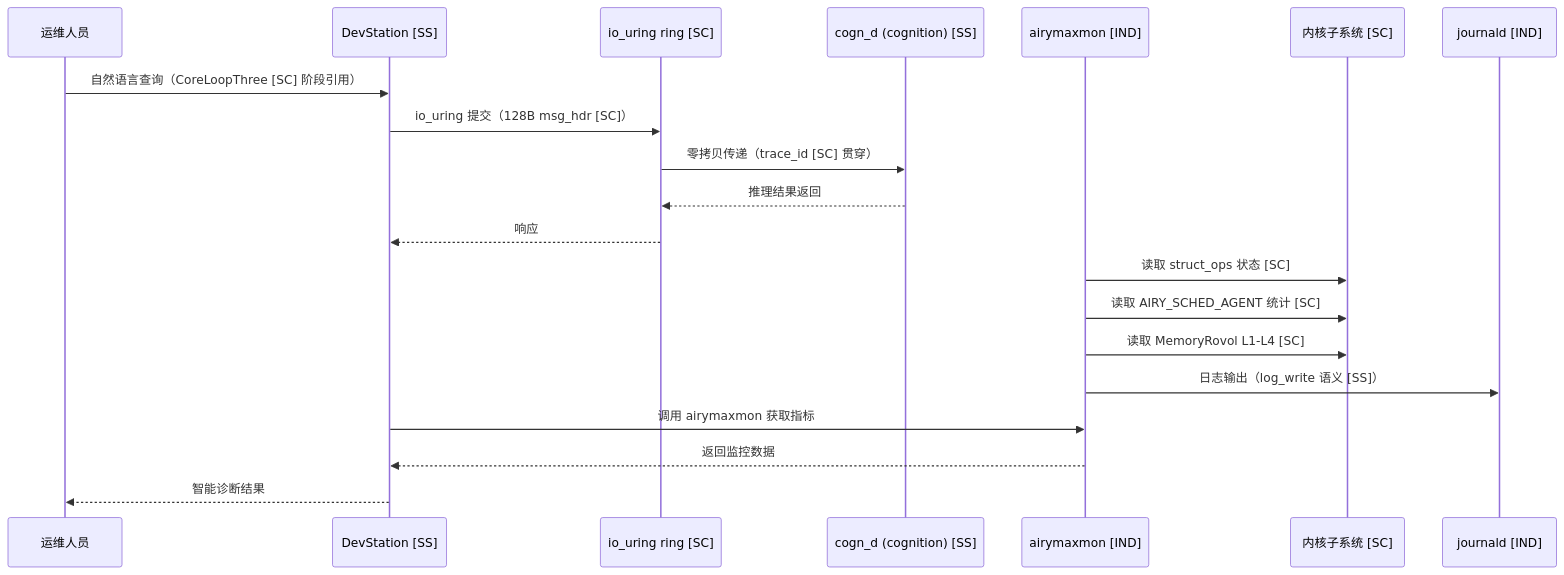
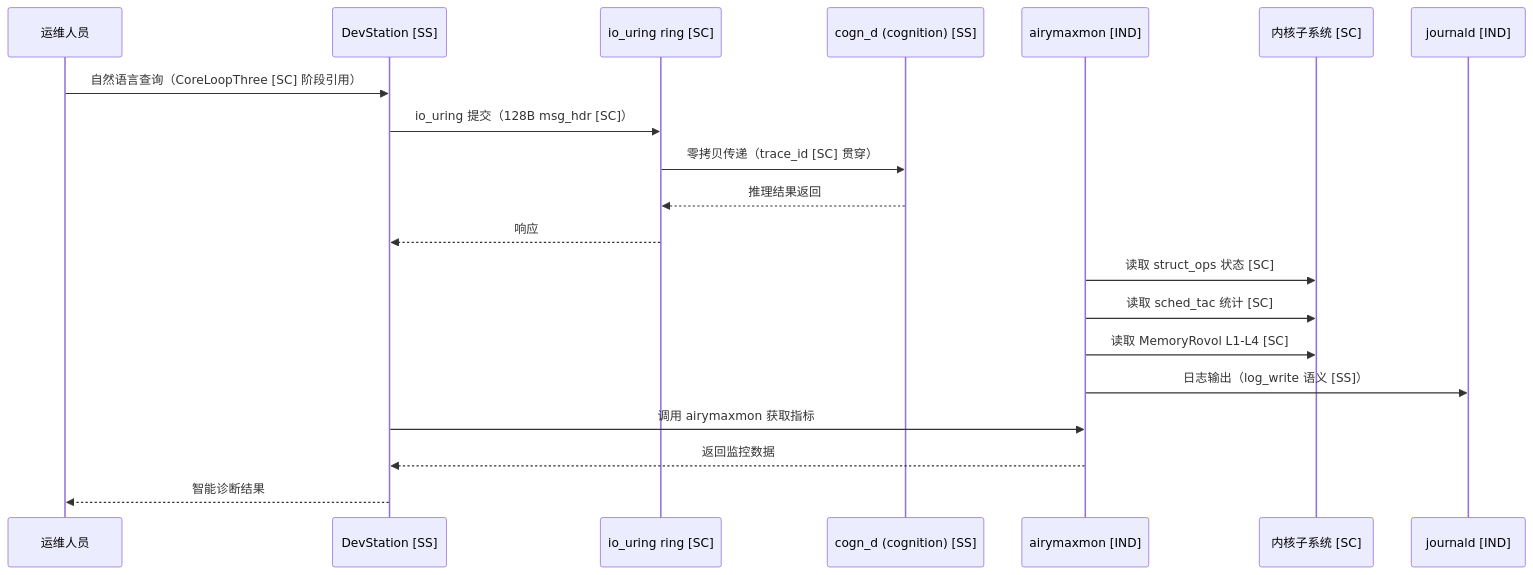
Before and after one commit to openairymax/docs-linux: the first of 2 diagrams in 20-modules/07-system.md, drawn with Mermaid. The commit also changed other lines of this file and 181 other files, not shown here.

Commit message:
docs: 批量更新文档中的IRON-9版本与调度器命名 1. 将所有IRON-9 v2引用升级为IRON-9 v3，统一四层共享模型版本号 2. 将方案C-Prime、AIRY_SCHED_AGENT相关表述替换为sched_tac、stc_agent 3. 更新OpenStandards/README.md的许可证信息为CC-BY-4.0

````diff
--- a/20-modules/07-system.md
+++ b/20-modules/07-system.md
@@ -381,25 +381,25 @@
 ```mermaid
 sequenceDiagram
     participant USER as 运维人员
     participant DEV as DevStation [SS]
     participant IPC as io_uring ring [SC]
     participant COGN as cogn_d (cognition) [SS]
     participant MON as airymaxmon [IND]
     participant KERN as 内核子系统 [SC]
     participant JRN as journald [IND]
 
     USER->>DEV: 自然语言查询（CoreLoopThree [SC] 阶段引用）
     DEV->>IPC: io_uring 提交（128B msg_hdr [SC]）
     IPC->>COGN: 零拷贝传递（trace_id [SC] 贯穿）
     COGN-->>IPC: 推理结果返回
     IPC-->>DEV: 响应
 
     MON->>KERN: 读取 struct_ops 状态 [SC]
-    MON->>KERN: 读取 AIRY_SCHED_AGENT 统计 [SC]
+    MON->>KERN: 读取 sched_tac 统计 [SC]
     MON->>KERN: 读取 MemoryRovol L1-L4 [SC]
     MON->>JRN: 日志输出（log_write 语义 [SS]）
 
     DEV->>MON: 调用 airymaxmon 获取指标
     MON-->>DEV: 返回监控数据
     DEV-->>USER: 智能诊断结果
 ```
````
